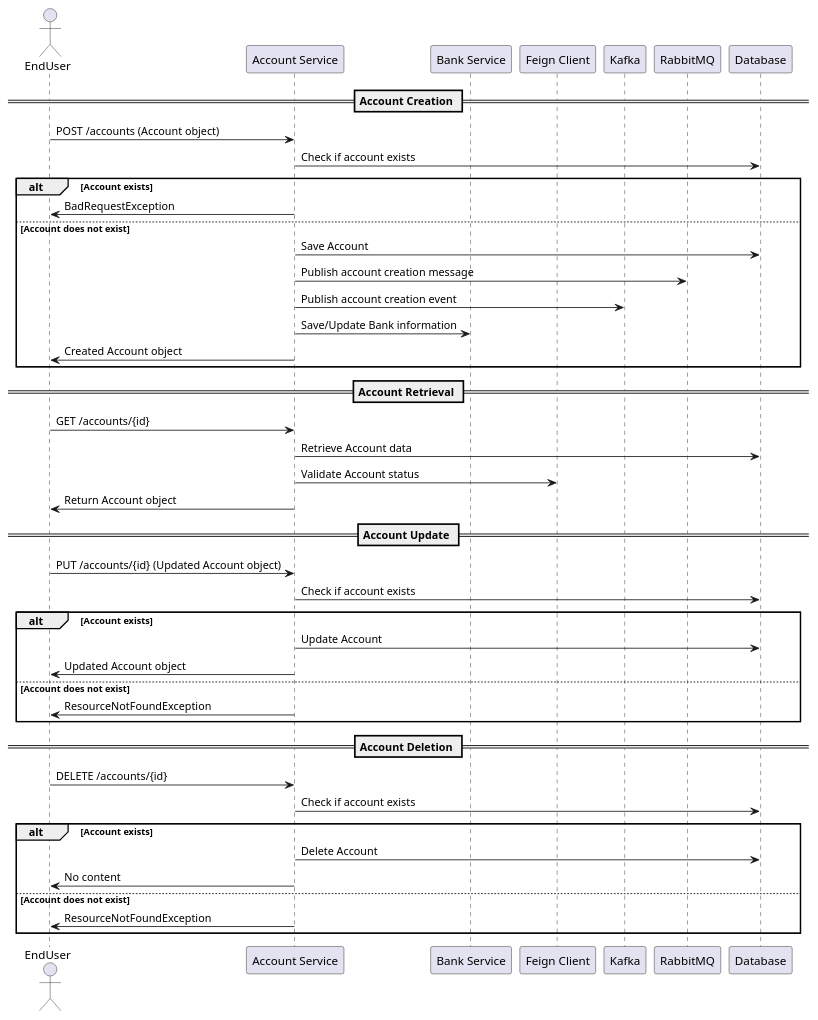
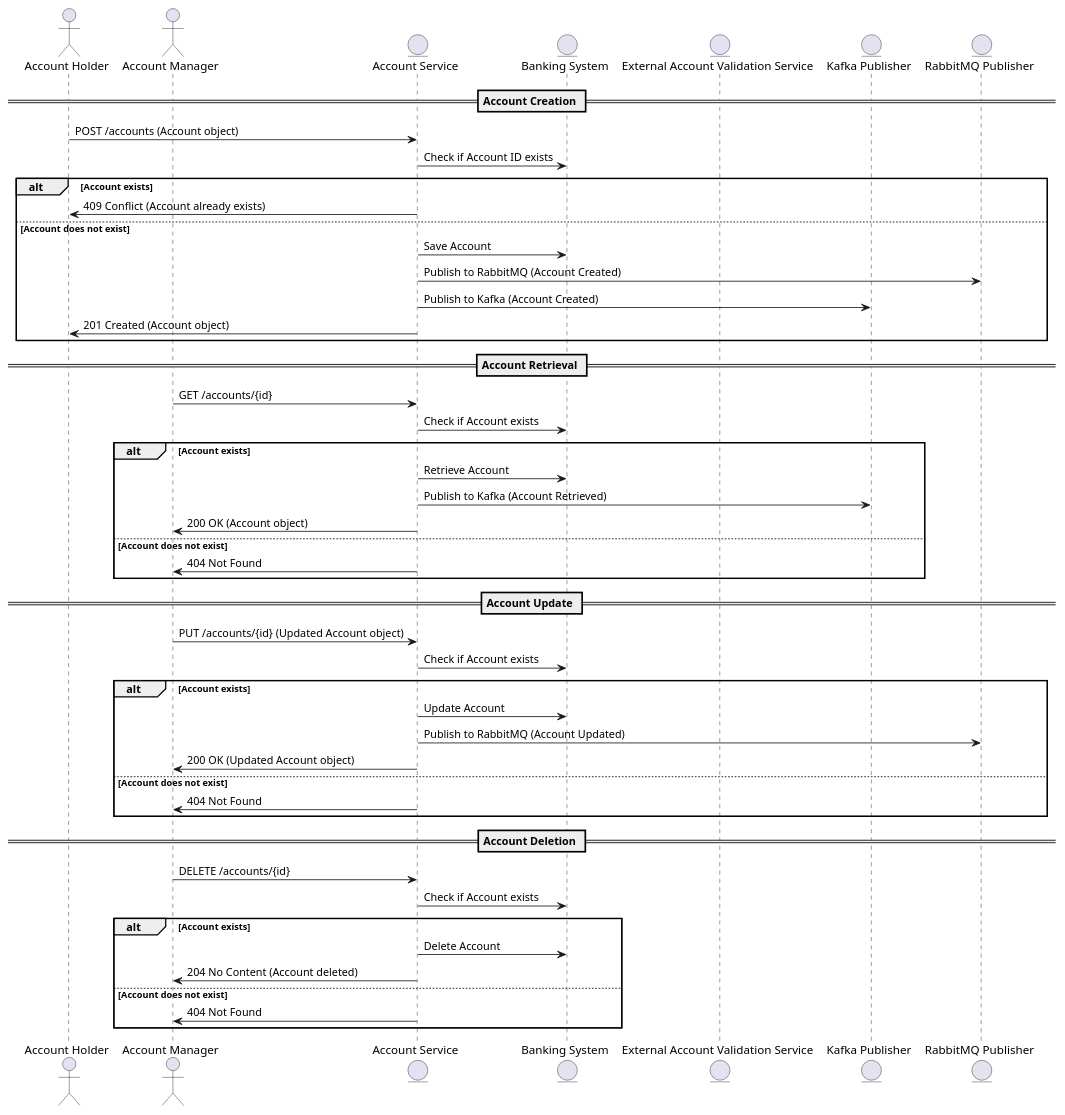
Before and after one commit to Bhaskar-Pavan/AccountService: the diagram in GeneratedDesignDocument/temporary_doc.md, drawn with PlantUML. The commit also changed other lines of this file, not shown here.

````diff
--- a/GeneratedDesignDocument/temporary_doc.md
+++ b/GeneratedDesignDocument/temporary_doc.md
@@ -43,51 +37,56 @@
 ```plantuml
 @startuml
-actor EndUser as User
-participant "Account Service" as AccountService
-participant "Bank Service" as BankService
-participant "Feign Client" as FeignClient
-participant "Kafka" as Kafka
-participant "RabbitMQ" as RabbitMQ
-participant "Database" as Database
+actor "Account Holder" as AH
+actor "Account Manager" as AM
+entity "Account Service" as AS
+entity "Banking System" as BS
+entity "External Account Validation Service" as EAVS
+entity "Kafka Publisher" as KP
+entity "RabbitMQ Publisher" as RP
 
 == Account Creation ==
-User -> AccountService: POST /accounts (Account object)
-AccountService -> Database: Check if account exists
+AH -> AS : POST /accounts (Account object)
+AS -> BS : Check if Account ID exists
 alt Account exists
-    AccountService -> User: BadRequestException
+    AS -> AH : 409 Conflict (Account already exists)
 else Account does not exist
-    AccountService -> Database: Save Account
-    AccountService -> RabbitMQ: Publish account creation message
-    AccountService -> Kafka: Publish account creation event
-    AccountService -> BankService: Save/Update Bank information
-    AccountService -> User: Created Account object
+    AS -> BS : Save Account
+    AS -> RP : Publish to RabbitMQ (Account Created)
+    AS -> KP : Publish to Kafka (Account Created)
+    AS -> AH : 201 Created (Account object)
 end
 
 == Account Retrieval ==
-User -> AccountService: GET /accounts/{id}
-AccountService -> Database: Retrieve Account data
-AccountService -> FeignClient: Validate Account status
-AccountService -> User: Return Account object
+AM -> AS : GET /accounts/{id}
+AS -> BS : Check if Account exists
+alt Account exists
+    AS -> BS : Retrieve Account
+    AS -> KP : Publish to Kafka (Account Retrieved)
+    AS -> AM : 200 OK (Account object)
+else Account does not exist
+    AS -> AM : 404 Not Found
+end
 
 == Account Update ==
-User -> AccountService: PUT /accounts/{id} (Updated Account object)
-AccountService -> Database: Check if account exists
+AM -> AS : PUT /accounts/{id} (Updated Account object)
+AS -> BS : Check if Account exists
 alt Account exists
-    AccountService -> Database: Update Account
-    AccountService -> User: Updated Account object
+    AS -> BS : Update Account
+    AS -> RP : Publish to RabbitMQ (Account Updated)
+    AS -> AM : 200 OK (Updated Account object)
 else Account does not exist
-    AccountService -> User: ResourceNotFoundException
+    AS -> AM : 404 Not Found
 end
 
 == Account Deletion ==
-User -> AccountService: DELETE /accounts/{id}
-AccountService -> Database: Check if account exists
+AM -> AS : DELETE /accounts/{id}
+AS -> BS : Check if Account exists
 alt Account exists
-    AccountService -> Database: Delete Account
-    AccountService -> User: No content
+    AS -> BS : Delete Account
+    AS -> AM : 204 No Content (Account deleted)
 else Account does not exist
-    AccountService -> User: ResourceNotFoundException
+    AS -> AM : 404 Not Found
 end
 
 @enduml
 ```
````
